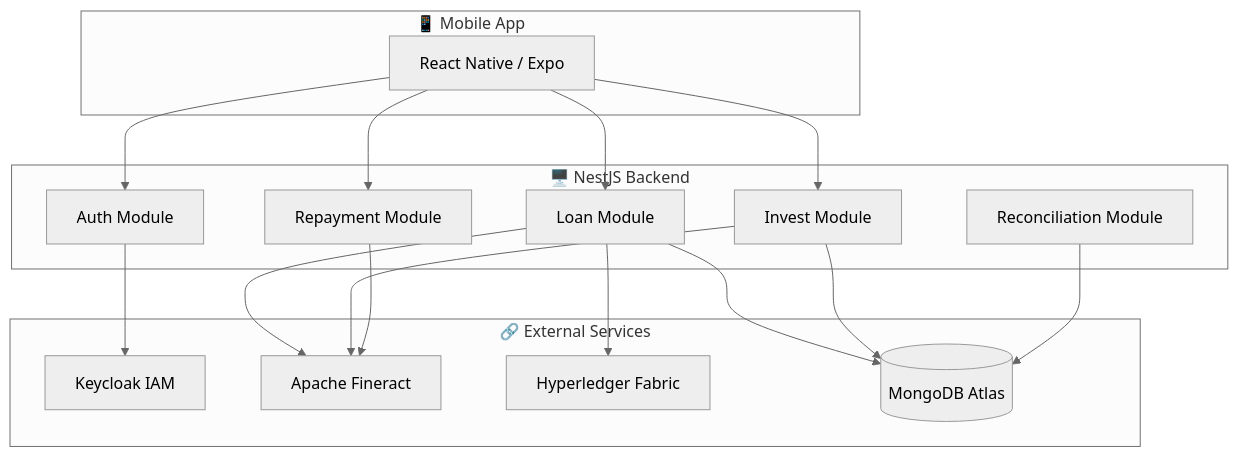
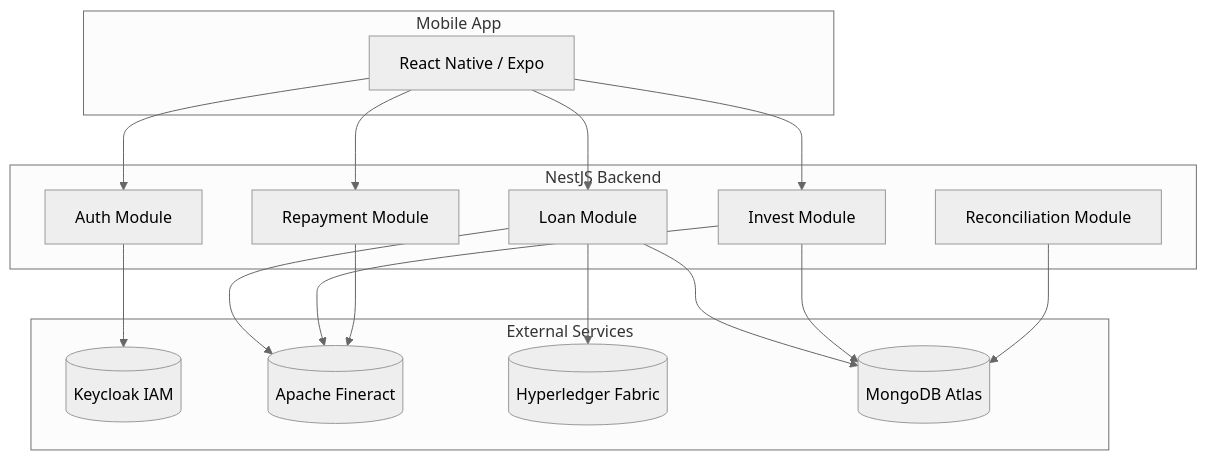
One commit to TruonggGiangg/p2p-do-an changed the diagram in docs/docs/architecture/overview.md. Above: the diagram before and after it, drawn with Mermaid (neutral theme). The commit also changed other lines of this file and 8 other files, not shown here.

````diff
--- a/docs/docs/architecture/overview.md
+++ b/docs/docs/architecture/overview.md
@@ -12,35 +12,35 @@
 ```mermaid
 flowchart TB
-    subgraph Client["📱 Mobile App"]
+    subgraph Client["Mobile App"]
         RN[React Native / Expo]
     end
 
-    subgraph Backend["🖥️ NestJS Backend"]
+    subgraph Backend["NestJS Backend"]
         Auth[Auth Module]
         Loan[Loan Module]
         Invest[Invest Module]
         Repay[Repayment Module]
         Recon[Reconciliation Module]
     end
 
-    subgraph External["🔗 External Services"]
-        Keycloak[Keycloak IAM]
-        Fineract[Apache Fineract]
-        Fabric[Hyperledger Fabric]
+    subgraph External["External Services"]
+        Keycloak[(Keycloak IAM)]
+        Fineract[(Apache Fineract)]
+        Fabric[(Hyperledger Fabric)]
         MongoDB[(MongoDB Atlas)]
     end
 
     RN --> Auth
     RN --> Loan
     RN --> Invest
     RN --> Repay
     
     Auth --> Keycloak
     Loan --> Fineract
     Loan --> Fabric
     Loan --> MongoDB
     Invest --> Fineract
     Invest --> MongoDB
     Repay --> Fineract
     Recon --> MongoDB
 ```
````
